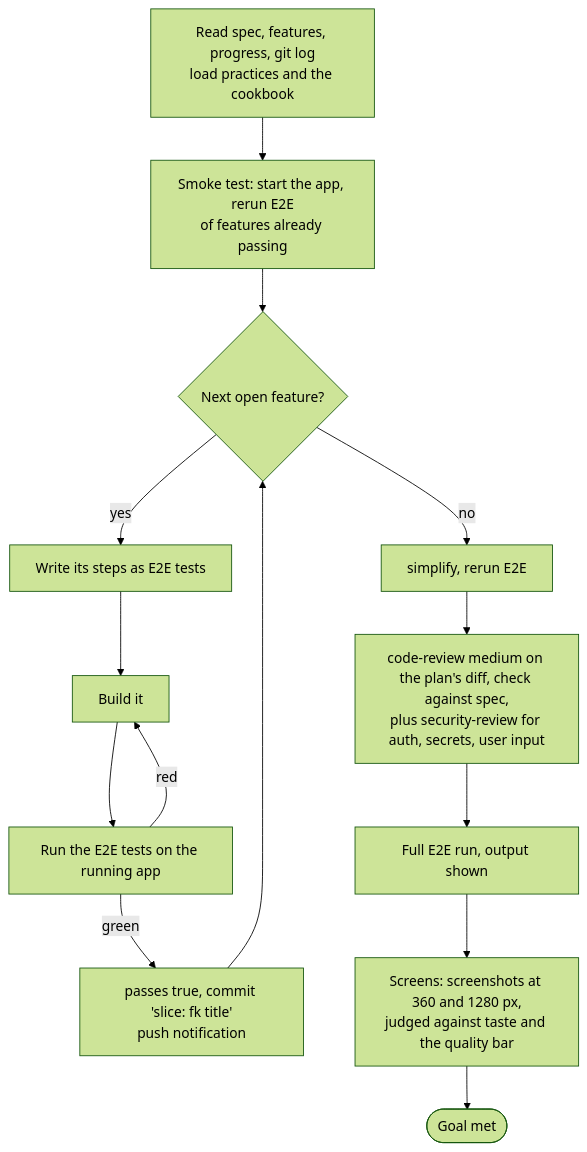
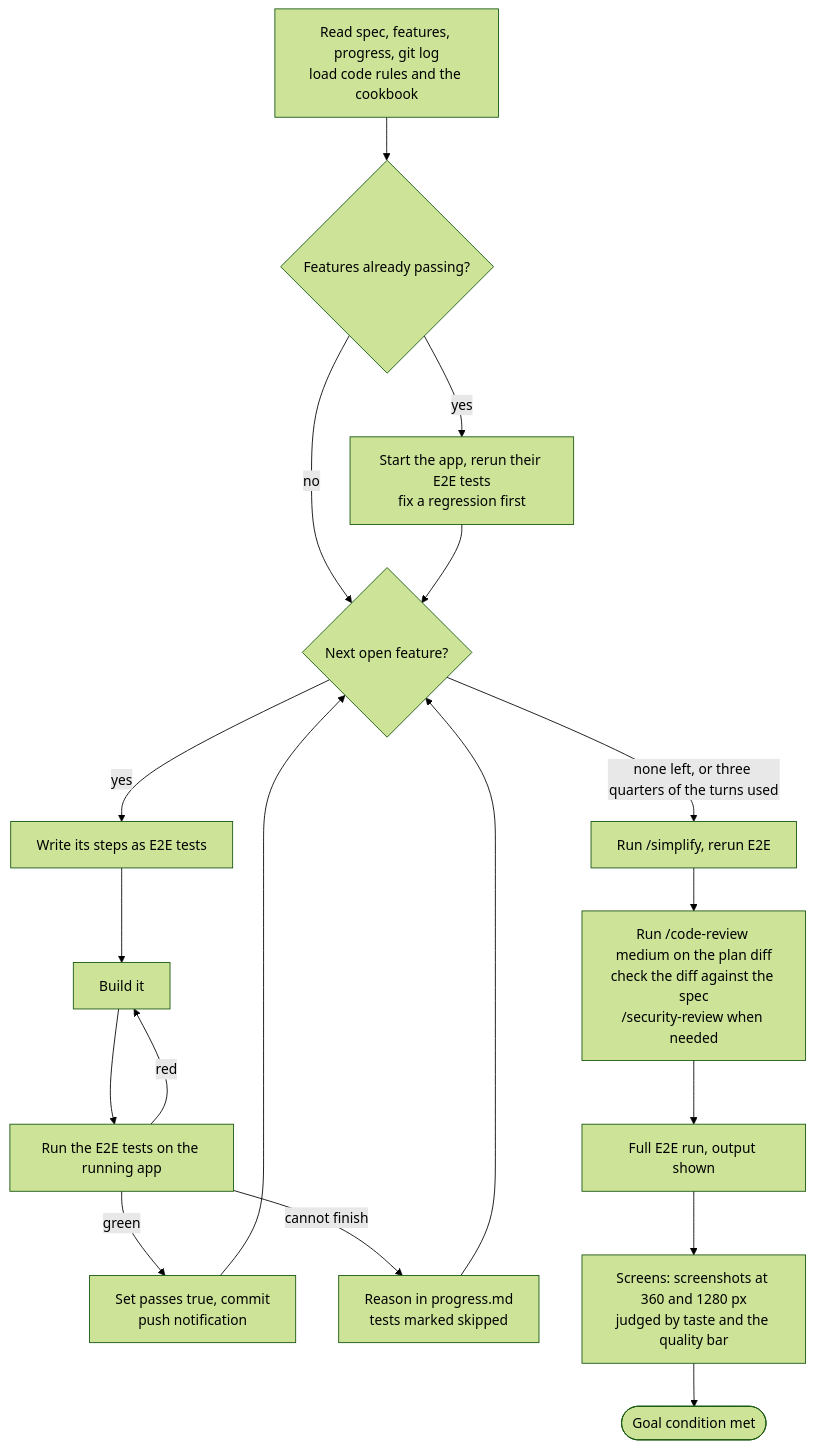
The sixth of 7 diagrams in plugins/slice/README.md (ahlerjam/cflow), drawn with Mermaid (forest theme) before and after one commit. The commit also changed other lines of this file and 3 other files, not shown here.

````diff
--- a/plugins/slice/README.md
+++ b/plugins/slice/README.md
@@ -214,16 +257,20 @@
 ```mermaid
 flowchart TD
-    read[Read spec, features, progress, git log<br/>load practices and the cookbook] --> smoke[Smoke test: start the app, rerun E2E<br/>of features already passing]
-    smoke --> next{Next open feature?}
-    next -->|yes| e2e[Write its steps as E2E tests]
-    e2e --> code[Build it]
-    code --> run[Run the E2E tests on the running app]
-    run -->|red| code
-    run -->|green| commit[passes true, commit 'slice: fk title'<br/>push notification]
+    start["Read spec, features, progress, git log<br/>load code rules and the cookbook"] --> smoke{"Features already passing?"}
+    smoke -->|"yes"| regress["Start the app, rerun their E2E tests<br/>fix a regression first"]
+    smoke -->|"no"| next
+    regress --> next{"Next open feature?"}
+    next -->|"yes"| tests["Write its steps as E2E tests"]
+    tests --> build["Build it"]
+    build --> e2e["Run the E2E tests on the running app"]
+    e2e -->|"red"| build
+    e2e -->|"green"| commit["Set passes true, commit<br/>push notification"]
+    e2e -->|"cannot finish"| skip["Reason in progress.md<br/>tests marked skipped"]
     commit --> next
-    next -->|no| simplify[simplify, rerun E2E]
-    simplify --> review[code-review medium on the plan's diff, check against spec,<br/>plus security-review for auth, secrets, user input]
-    review --> full[Full E2E run, output shown]
-    full --> shots[Screens: screenshots at 360 and 1280 px,<br/>judged against taste and the quality bar]
-    shots --> done([Goal met])
+    skip --> next
+    next -->|"none left, or three quarters of the turns used"| simplify["Run /simplify, rerun E2E"]
+    simplify --> review["Run /code-review medium on the plan diff<br/>check the diff against the spec<br/>/security-review when needed"]
+    review --> full["Full E2E run, output shown"]
+    full --> shots["Screens: screenshots at 360 and 1280 px<br/>judged by taste and the quality bar"]
+    shots --> goal(["Goal condition met"])
 ```
````
